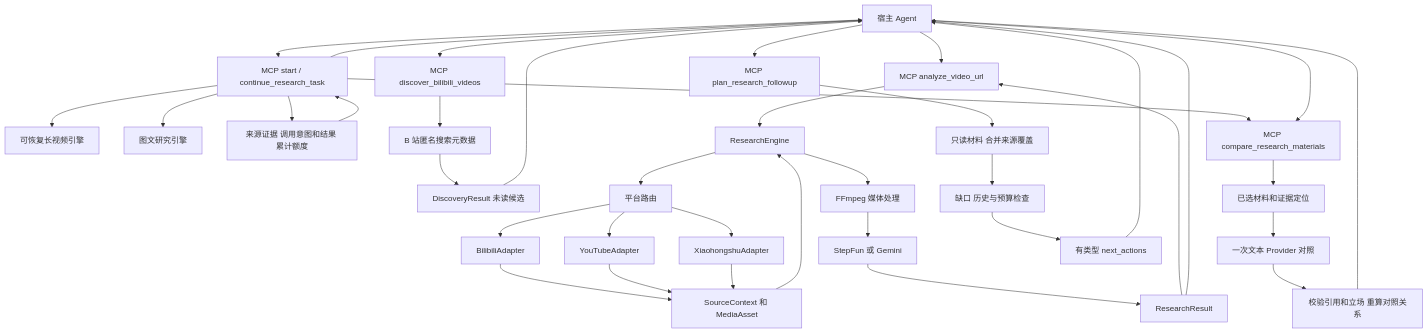
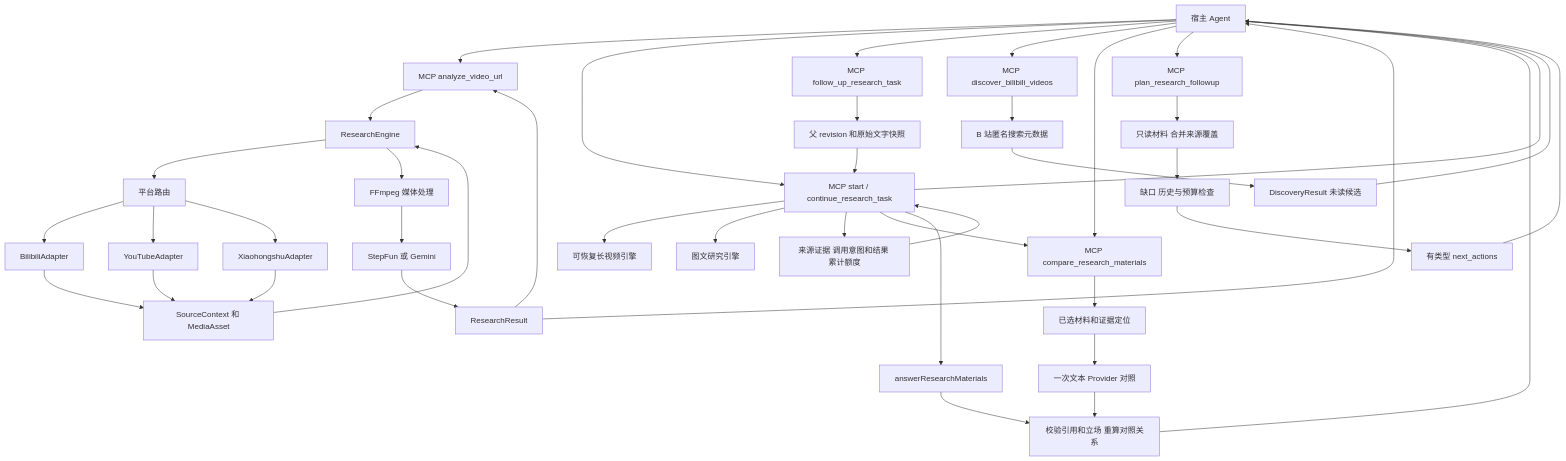
The diagram in docs/architecture.md (7oMB2006/Catalyst), drawn with Mermaid before and after one commit. The commit also changed other lines of this file and 21 other files, not shown here.

````diff
--- a/docs/architecture.md
+++ b/docs/architecture.md
@@ -25,39 +27,44 @@
 ```mermaid
 flowchart TD
   Host[宿主 Agent] --> MCP[MCP analyze_video_url]
   Host --> Task[MCP start / continue_research_task]
+  Host --> FollowUp[MCP follow_up_research_task]
+  FollowUp --> Snapshot[父 revision 和原始文字快照]
+  Snapshot --> Task
   Task --> Long[可恢复长视频引擎]
   Task --> Note[图文研究引擎]
   Task --> Ledger[来源证据 调用意图和结果 累计额度]
   Task --> Compare
+  Task --> Answer[answerResearchMaterials]
+  Answer --> Validated
   Ledger --> Task
   Task --> Host
   Host --> Discovery[MCP discover_bilibili_videos]
   Discovery --> Search[B 站匿名搜索元数据]
   Search --> Candidates[DiscoveryResult 未读候选]
   Candidates --> Host
   MCP --> Engine[ResearchEngine]
   Engine --> Route[平台路由]
   Route --> Bili[BilibiliAdapter]
   Route --> YT[YouTubeAdapter]
   Route --> XHS[XiaohongshuAdapter]
   Bili --> Source[SourceContext 和 MediaAsset]
   YT --> Source
   XHS --> Source
   Source --> Engine
   Engine --> Transform[FFmpeg 媒体处理]
   Transform --> Provider[StepFun 或 Gemini]
   Provider --> Result[ResearchResult]
   Result --> MCP
   Host --> Compare[MCP compare_research_materials]
   Result --> Host
   Compare --> Prepared[已选材料和证据定位]
   Prepared --> TextProvider[一次文本 Provider 对照]
   TextProvider --> Validated[校验引用和立场 重算对照关系]
   Validated --> Host
   Host --> Plan[MCP plan_research_followup]
   Plan --> Coverage[只读材料 合并来源覆盖]
   Coverage --> Bounded[缺口 历史与预算检查]
   Bounded --> Actions[有类型 next_actions]
   Actions --> Host
 ```
````
